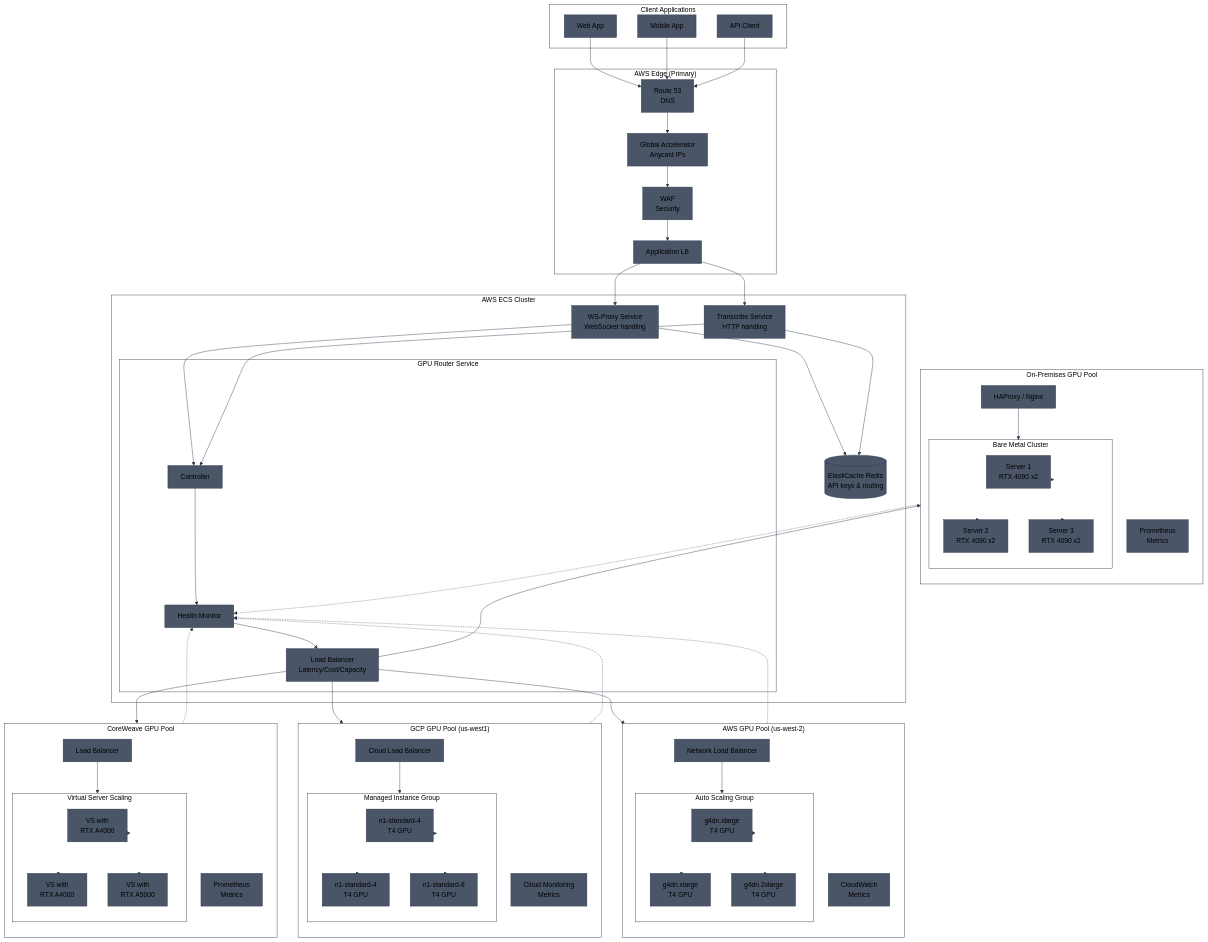
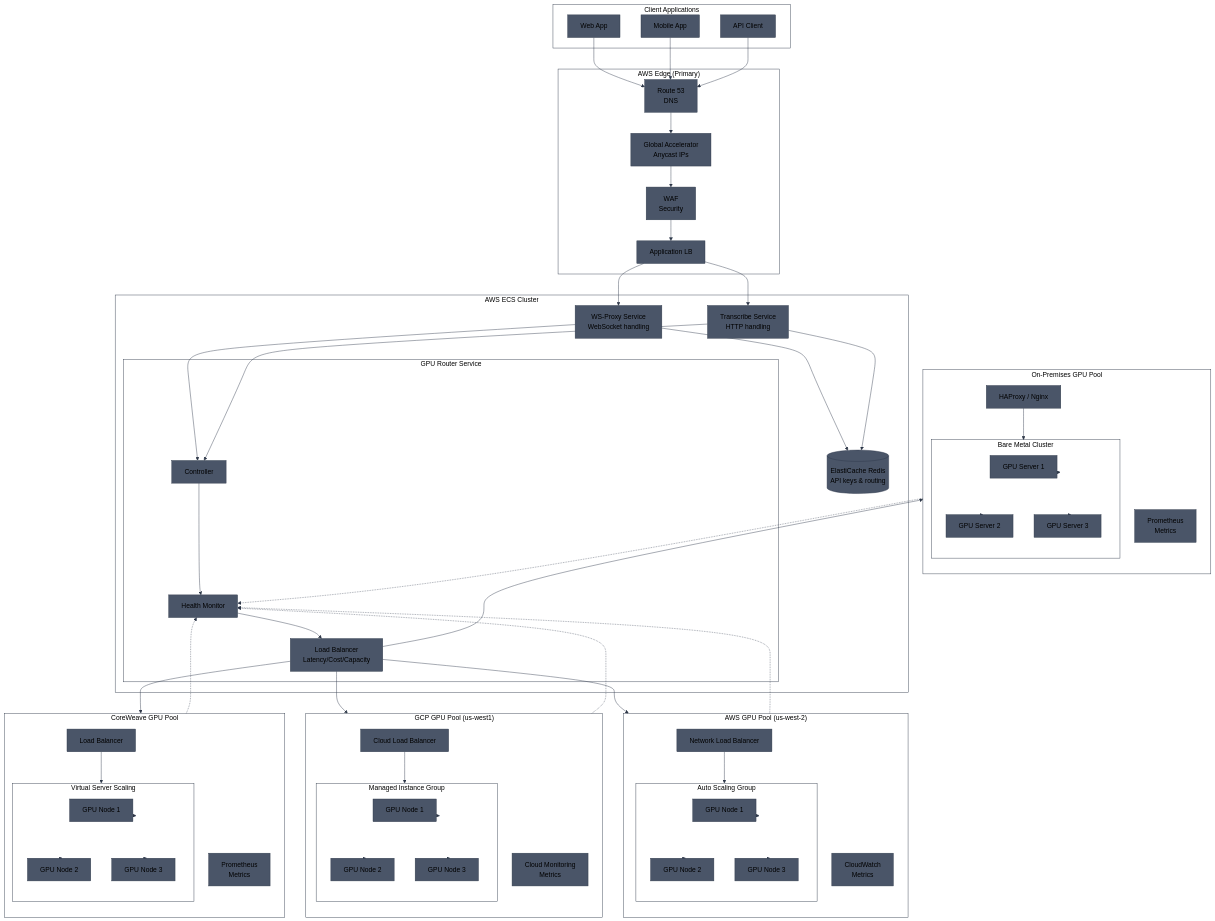
One commit to aldea-ai/infrastructure-docs changed the second of 10 diagrams in diagrams/multi-cloud-gpu-architecture.md. Above: the diagram before and after it, drawn with Mermaid. The commit also changed other lines of this file, not shown here.

Commit message:
Remove specific GPU model names from diagrams

```diff
--- a/diagrams/multi-cloud-gpu-architecture.md
+++ b/diagrams/multi-cloud-gpu-architecture.md
@@ -102,9 +102,9 @@
         direction TB
         AWS_LB[Network Load Balancer]
         subgraph AWS_ASG["Auto Scaling Group"]
-            AWS_G1[g4dn.xlarge<br/>T4 GPU]
-            AWS_G2[g4dn.xlarge<br/>T4 GPU]
-            AWS_G3[g4dn.2xlarge<br/>T4 GPU]
+            AWS_G1[GPU Node 1]
+            AWS_G2[GPU Node 2]
+            AWS_G3[GPU Node 3]
         end
         AWS_METRICS[CloudWatch<br/>Metrics]
     end
@@ -113,9 +113,9 @@
         direction TB
         GCP_LB[Cloud Load Balancer]
         subgraph GCP_MIG["Managed Instance Group"]
-            GCP_G1[n1-standard-4<br/>T4 GPU]
-            GCP_G2[n1-standard-4<br/>T4 GPU]
-            GCP_G3[n1-standard-8<br/>T4 GPU]
+            GCP_G1[GPU Node 1]
+            GCP_G2[GPU Node 2]
+            GCP_G3[GPU Node 3]
         end
         GCP_METRICS[Cloud Monitoring<br/>Metrics]
     end
@@ -124,9 +124,9 @@
         direction TB
         CW_LB[Load Balancer]
         subgraph CW_VSG["Virtual Server Scaling"]
-            CW_G1[VS with<br/>RTX A4000]
-            CW_G2[VS with<br/>RTX A4000]
-            CW_G3[VS with<br/>RTX A5000]
+            CW_G1[GPU Node 1]
+            CW_G2[GPU Node 2]
+            CW_G3[GPU Node 3]
         end
         CW_METRICS[Prometheus<br/>Metrics]
     end
@@ -135,9 +135,9 @@
         direction TB
         OP_LB[HAProxy / Nginx]
         subgraph OP_CLUSTER["Bare Metal Cluster"]
-            OP_G1[Server 1<br/>RTX 4090 x2]
-            OP_G2[Server 2<br/>RTX 4090 x2]
-            OP_G3[Server 3<br/>RTX 4090 x2]
+            OP_G1[GPU Server 1]
+            OP_G2[GPU Server 2]
+            OP_G3[GPU Server 3]
         end
         OP_METRICS[Prometheus<br/>Metrics]
     end
```
